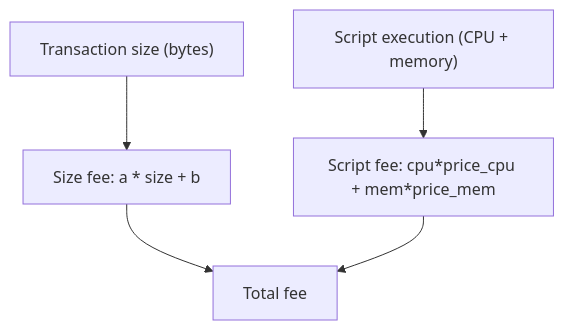
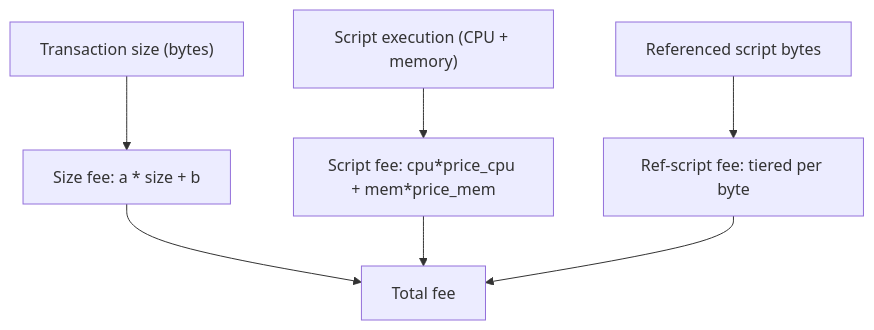
Before and after one commit to cardano-foundation/developer-portal: the diagram in docs/developers/curriculum/fundamentals/core-concepts/fees.md, drawn with Mermaid. The commit also changed other lines of this file and 8 other files, not shown here.

Commit message:
Correct fee history, script hash detail, and finality figures

````diff
--- a/docs/developers/curriculum/fundamentals/core-concepts/fees.md
+++ b/docs/developers/curriculum/fundamentals/core-concepts/fees.md
@@ -48,7 +48,9 @@
 ```mermaid
 flowchart TD
     A["Transaction size (bytes)"] --> B["Size fee: a * size + b"]
     C["Script execution (CPU + memory)"] --> D["Script fee: cpu*price_cpu + mem*price_mem"]
+    F["Referenced script bytes"] --> G["Ref-script fee: tiered per byte"]
     B --> E["Total fee"]
     D --> E
+    G --> E
 ```
````
